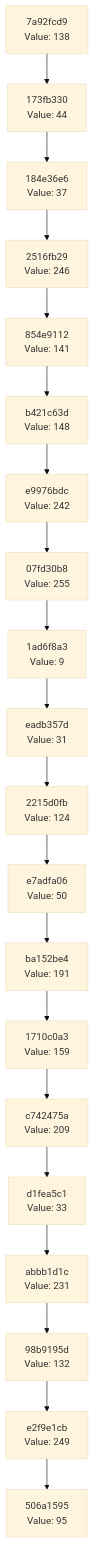
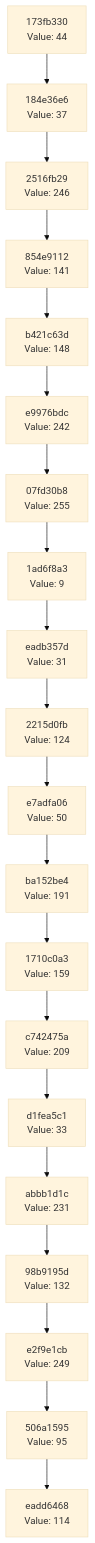
One commit to Abhisheksinha1506/hash-chain-evolver changed the diagram in docs/CHAIN_VISUALIZATION.md. Above: the diagram before and after it, drawn with Mermaid (base theme). The commit also changed 3 other files, not shown here.

````diff
--- a/docs/CHAIN_VISUALIZATION.md
+++ b/docs/CHAIN_VISUALIZATION.md
@@ -3,42 +3,42 @@
 ```mermaid
 graph TD
-    C0["506a1595<br/>Value: 95"]
-    C1["e2f9e1cb<br/>Value: 249"]
+    C0["eadd6468<br/>Value: 114"]
+    C1["506a1595<br/>Value: 95"]
     C1 --> C0
-    C2["98b9195d<br/>Value: 132"]
+    C2["e2f9e1cb<br/>Value: 249"]
     C2 --> C1
-    C3["abbb1d1c<br/>Value: 231"]
+    C3["98b9195d<br/>Value: 132"]
     C3 --> C2
-    C4["d1fea5c1<br/>Value: 33"]
+    C4["abbb1d1c<br/>Value: 231"]
     C4 --> C3
-    C5["c742475a<br/>Value: 209"]
+    C5["d1fea5c1<br/>Value: 33"]
     C5 --> C4
-    C6["1710c0a3<br/>Value: 159"]
+    C6["c742475a<br/>Value: 209"]
     C6 --> C5
-    C7["ba152be4<br/>Value: 191"]
+    C7["1710c0a3<br/>Value: 159"]
     C7 --> C6
-    C8["e7adfa06<br/>Value: 50"]
+    C8["ba152be4<br/>Value: 191"]
     C8 --> C7
-    C9["2215d0fb<br/>Value: 124"]
+    C9["e7adfa06<br/>Value: 50"]
     C9 --> C8
-    C10["eadb357d<br/>Value: 31"]
+    C10["2215d0fb<br/>Value: 124"]
     C10 --> C9
-    C11["1ad6f8a3<br/>Value: 9"]
+    C11["eadb357d<br/>Value: 31"]
     C11 --> C10
-    C12["07fd30b8<br/>Value: 255"]
+    C12["1ad6f8a3<br/>Value: 9"]
     C12 --> C11
-    C13["e9976bdc<br/>Value: 242"]
+    C13["07fd30b8<br/>Value: 255"]
     C13 --> C12
-    C14["b421c63d<br/>Value: 148"]
+    C14["e9976bdc<br/>Value: 242"]
     C14 --> C13
-    C15["854e9112<br/>Value: 141"]
+    C15["b421c63d<br/>Value: 148"]
     C15 --> C14
-    C16["2516fb29<br/>Value: 246"]
+    C16["854e9112<br/>Value: 141"]
     C16 --> C15
-    C17["184e36e6<br/>Value: 37"]
+    C17["2516fb29<br/>Value: 246"]
     C17 --> C16
-    C18["173fb330<br/>Value: 44"]
+    C18["184e36e6<br/>Value: 37"]
     C18 --> C17
-    C19["7a92fcd9<br/>Value: 138"]
+    C19["173fb330<br/>Value: 44"]
     C19 --> C18
 ```
````
